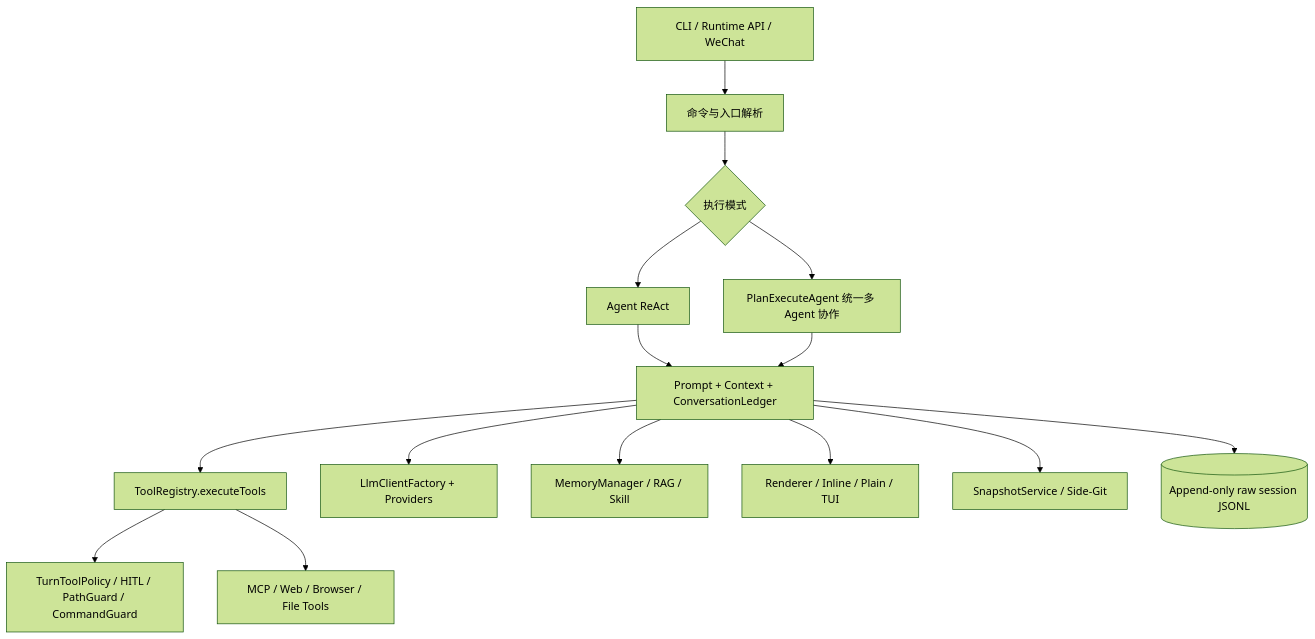
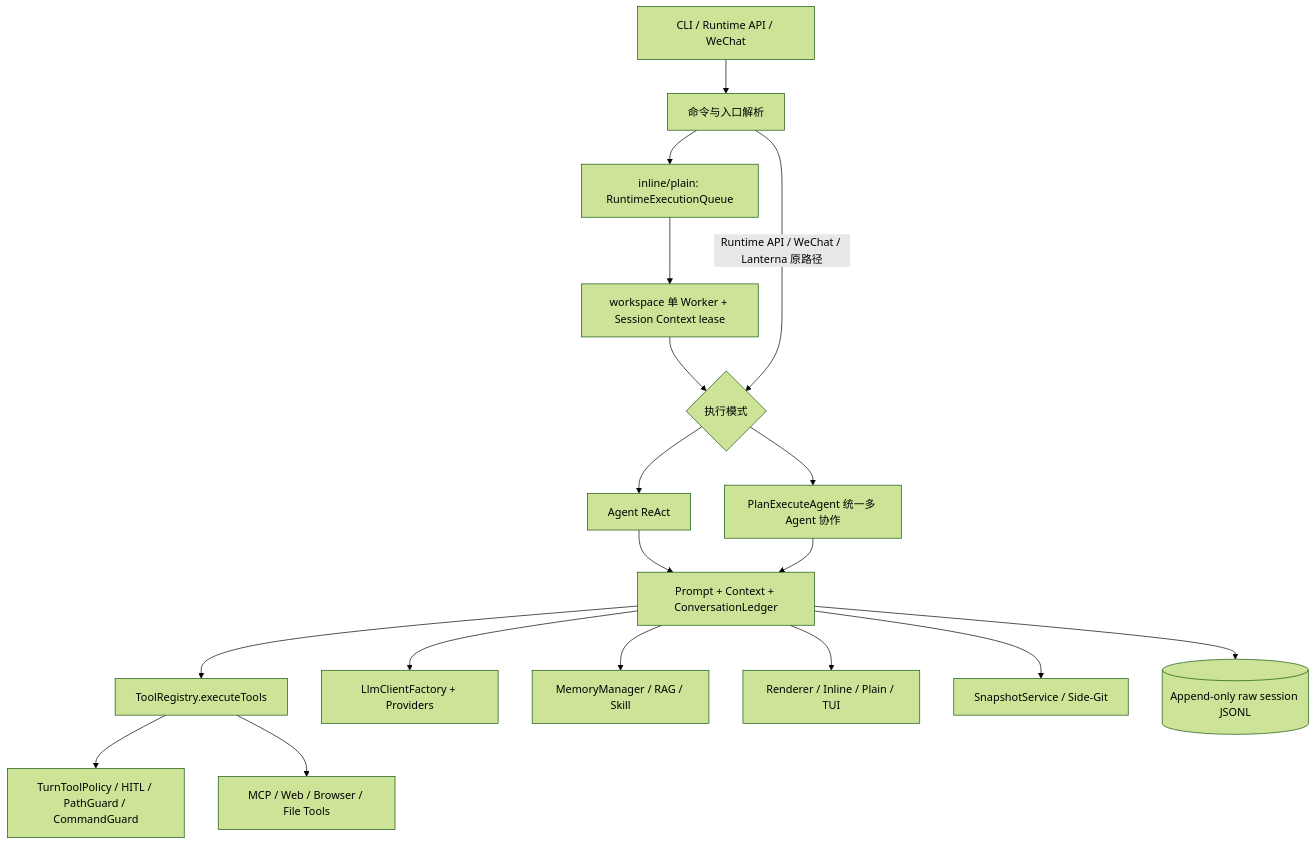
One commit to zgjdev/Code-Agent changed the second of 3 diagrams in AGENTS.md. Above: the diagram before and after it, drawn with Mermaid (forest theme). The commit also changed other lines of this file and 23 other files, not shown here.

Commit message:
feat(runtime): complete session contexts and synchronize runtime docs

````diff
--- a/AGENTS.md
+++ b/AGENTS.md
@@ -68,17 +68,20 @@
 ```mermaid
 graph TB
     CLI[CLI / Runtime API / WeChat] --> ROUTE[命令与入口解析]
-    ROUTE --> MODE{执行模式}
+    ROUTE --> QUEUE[inline/plain: RuntimeExecutionQueue]
+    QUEUE --> WORKER[workspace 单 Worker + Session Context lease]
+    WORKER --> MODE{执行模式}
+    ROUTE -->|Runtime API / WeChat / Lanterna 原路径| MODE
     MODE --> REACT[Agent ReAct]
     MODE --> PLAN[PlanExecuteAgent 统一多 Agent 协作]
     REACT --> CORE[Prompt + Context + ConversationLedger]
     PLAN --> CORE
     CORE --> TOOLS[ToolRegistry.executeTools]
     TOOLS --> POLICY[TurnToolPolicy / HITL / PathGuard / CommandGuard]
     TOOLS --> MCP[MCP / Web / Browser / File Tools]
     CORE --> LLM[LlmClientFactory + Providers]
     CORE --> MEMORY[MemoryManager / RAG / Skill]
     CORE --> RENDER[Renderer / Inline / Plain / TUI]
     CORE --> SNAP[SnapshotService / Side-Git]
     CORE --> LEDGER[(Append-only raw session JSONL)]
 ```
````
